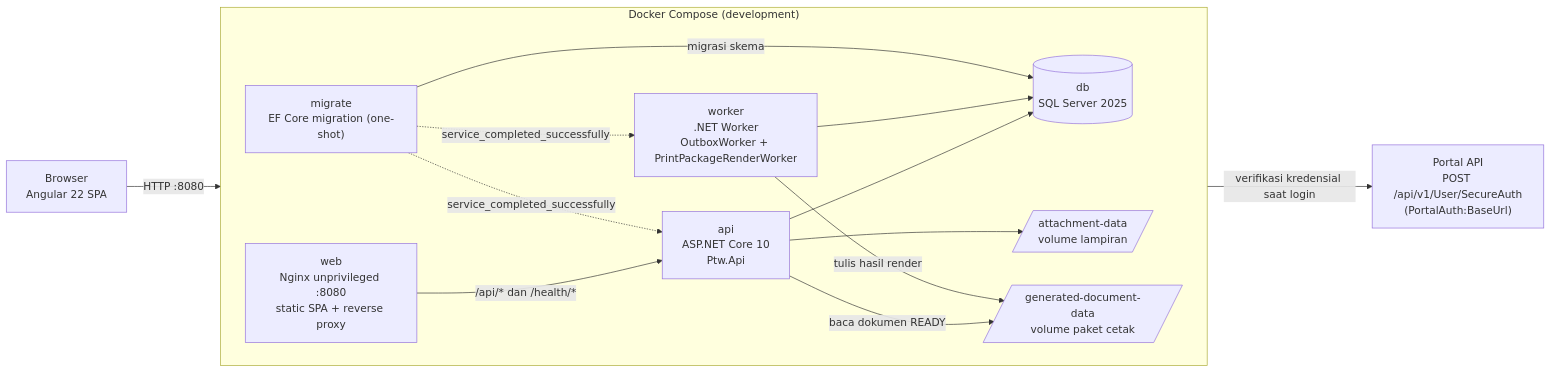
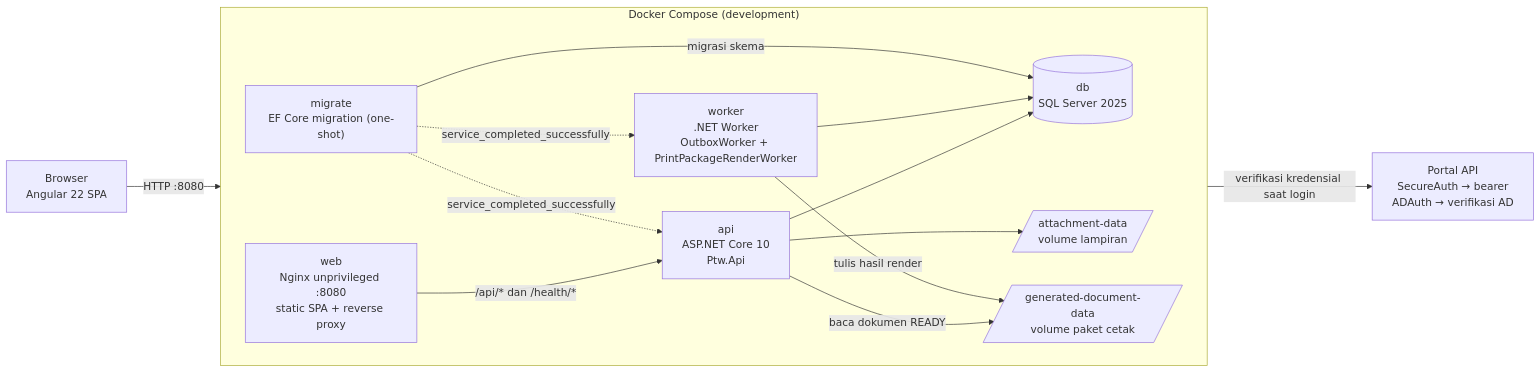
One commit to NusantaraRegas/ptw-online changed the first of 5 diagrams in README.md. Above: the diagram before and after it, drawn with Mermaid. The commit also changed other lines of this file and 14 other files, not shown here.

````diff
--- a/README.md
+++ b/README.md
@@ -89,29 +89,29 @@
 ```mermaid
 flowchart LR
   Browser["Browser<br/>Angular 22 SPA"]
 
   subgraph Compose["Docker Compose (development)"]
     direction LR
     Web["web<br/>Nginx unprivileged :8080<br/>static SPA + reverse proxy"]
     Api["api<br/>ASP.NET Core 10<br/>Ptw.Api"]
     Worker["worker<br/>.NET Worker<br/>OutboxWorker + PrintPackageRenderWorker"]
     Migrate["migrate<br/>EF Core migration (one-shot)"]
     Db[("db<br/>SQL Server 2025")]
     Att[/"attachment-data<br/>volume lampiran"/]
     Gen[/"generated-document-data<br/>volume paket cetak"/]
   end
 
-  Portal["Portal API<br/>POST /api/v1/User/SecureAuth<br/>(PortalAuth:BaseUrl)"]
+  Portal["Portal API<br/>SecureAuth → bearer<br/>ADAuth → verifikasi AD"]
 
   Browser -->|"HTTP :8080"| Web
   Web -->|"/api/* dan /health/*"| Api
   Api -->|"verifikasi kredensial saat login"| Portal
   Api --> Db
   Api --> Att
   Api -->|"baca dokumen READY"| Gen
   Worker --> Db
   Worker -->|"tulis hasil render"| Gen
   Migrate -->|"migrasi skema"| Db
   Migrate -. "service_completed_successfully" .-> Api
   Migrate -. "service_completed_successfully" .-> Worker
 ```
````
